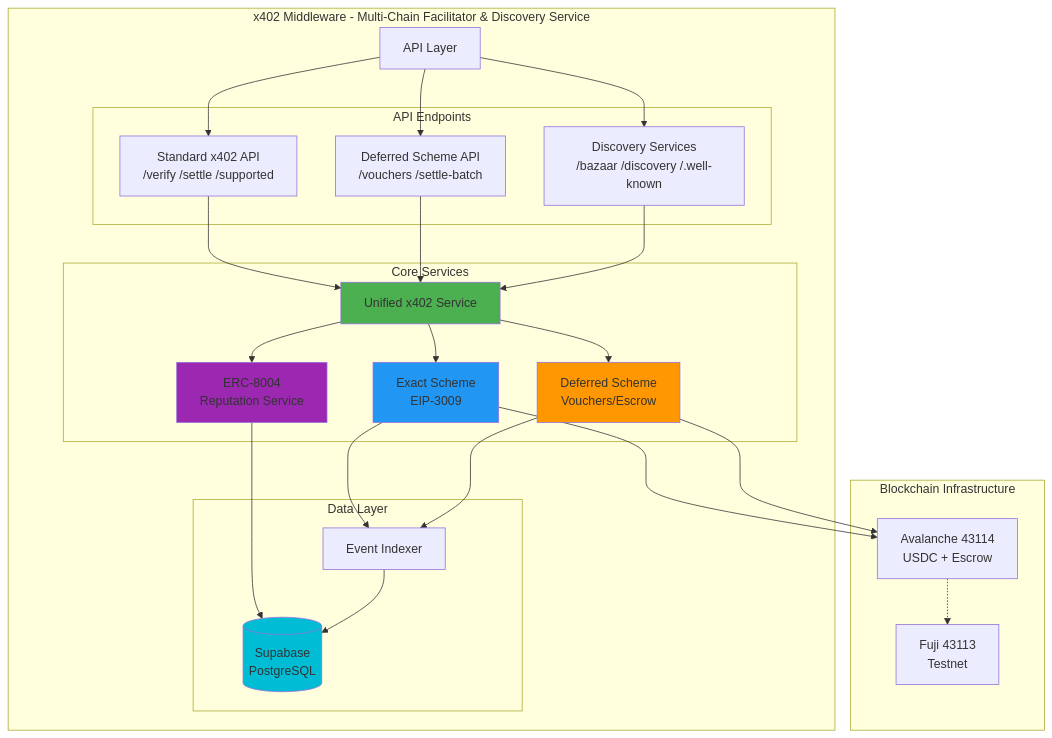
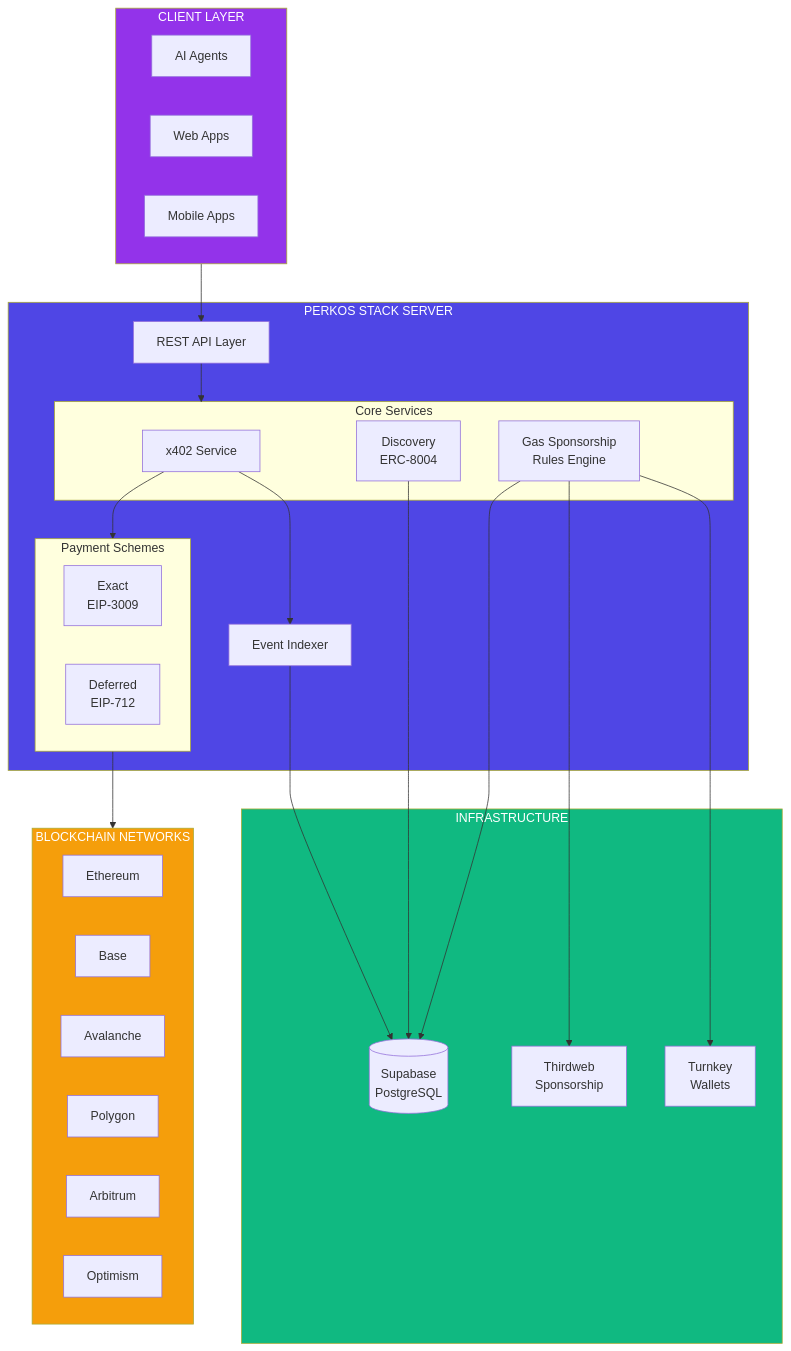
One commit to PerkOS-xyz/Stack changed the eighth of 10 diagrams in README.md. Above: the diagram before and after it, drawn with Mermaid. The commit also changed other lines of this file, not shown here.

````diff
--- a/README.md
+++ b/README.md
@@ -411,56 +593,56 @@
 ```mermaid
-graph TB
-    subgraph "x402 Middleware - Multi-Chain Facilitator & Discovery Service"
-        API[API Layer]
+flowchart TB
+    subgraph Clients["CLIENT LAYER"]
+        AI["AI Agents"]
+        Web["Web Apps"]
+        Mobile["Mobile Apps"]
+    end
 
-        subgraph "API Endpoints"
-            X402[Standard x402 API<br/>/verify /settle /supported]
-            DEFER[Deferred Scheme API<br/>/vouchers /settle-batch]
-            DISC[Discovery Services<br/>/bazaar /discovery /.well-known]
+    subgraph Stack["PERKOS STACK SERVER"]
+        API["REST API Layer"]
+
+        subgraph Services["Core Services"]
+            X402["x402 Service"]
+            Discovery["Discovery<br/>ERC-8004"]
+            Sponsor["Gas Sponsorship<br/>Rules Engine"]
         end
 
-        API --> X402
-        API --> DEFER
-        API --> DISC
-
-        subgraph "Core Services"
-            X402SVC[Unified x402 Service]
-            EXACT[Exact Scheme<br/>EIP-3009]
-            DEFERRED[Deferred Scheme<br/>Vouchers/Escrow]
-            ERC8004[ERC-8004<br/>Reputation Service]
+        subgraph Schemes["Payment Schemes"]
+            Exact["Exact<br/>EIP-3009"]
+            Deferred["Deferred<br/>EIP-712"]
         end
 
-        X402 --> X402SVC
-        DEFER --> X402SVC
-        DISC --> X402SVC
-
-        X402SVC --> EXACT
-        X402SVC --> DEFERRED
-        X402SVC --> ERC8004
-
-        subgraph "Data Layer"
-            SUPABASE[(Supabase<br/>PostgreSQL)]
-            INDEXER[Event Indexer]
-        end
-
-        EXACT --> INDEXER
-        DEFERRED --> INDEXER
-        ERC8004 --> SUPABASE
-        INDEXER --> SUPABASE
+        Indexer["Event Indexer"]
     end
 
-    subgraph "Blockchain Infrastructure"
-        AVAX[Avalanche 43114<br/>USDC + Escrow]
-        AVAX_TEST[Fuji 43113<br/>Testnet]
+    subgraph Infra["INFRASTRUCTURE"]
+        DB[("Supabase<br/>PostgreSQL")]
+        TW["Thirdweb<br/>Sponsorship"]
+        TK["Turnkey<br/>Wallets"]
     end
 
-    EXACT --> AVAX
-    DEFERRED --> AVAX
-    AVAX -.-> AVAX_TEST
+    subgraph Chains["BLOCKCHAIN NETWORKS"]
+        ETH["Ethereum"]
+        BASE["Base"]
+        AVAX["Avalanche"]
+        POLY["Polygon"]
+        ARB["Arbitrum"]
+        OP["Optimism"]
+    end
 
-    style X402SVC fill:#4CAF50
-    style EXACT fill:#2196F3
-    style DEFERRED fill:#FF9800
-    style ERC8004 fill:#9C27B0
-    style SUPABASE fill:#00BCD4
+    Clients --> API
+    API --> Services
+    X402 --> Schemes
+    Schemes --> Chains
+    X402 --> Indexer
+    Indexer --> DB
+    Discovery --> DB
+    Sponsor --> DB
+    Sponsor --> TW
+    Sponsor --> TK
+
+    style Stack fill:#4F46E5,color:#fff
+    style Infra fill:#10B981,color:#fff
+    style Chains fill:#F59E0B,color:#fff
+    style Clients fill:#9333EA,color:#fff
 ```
````
